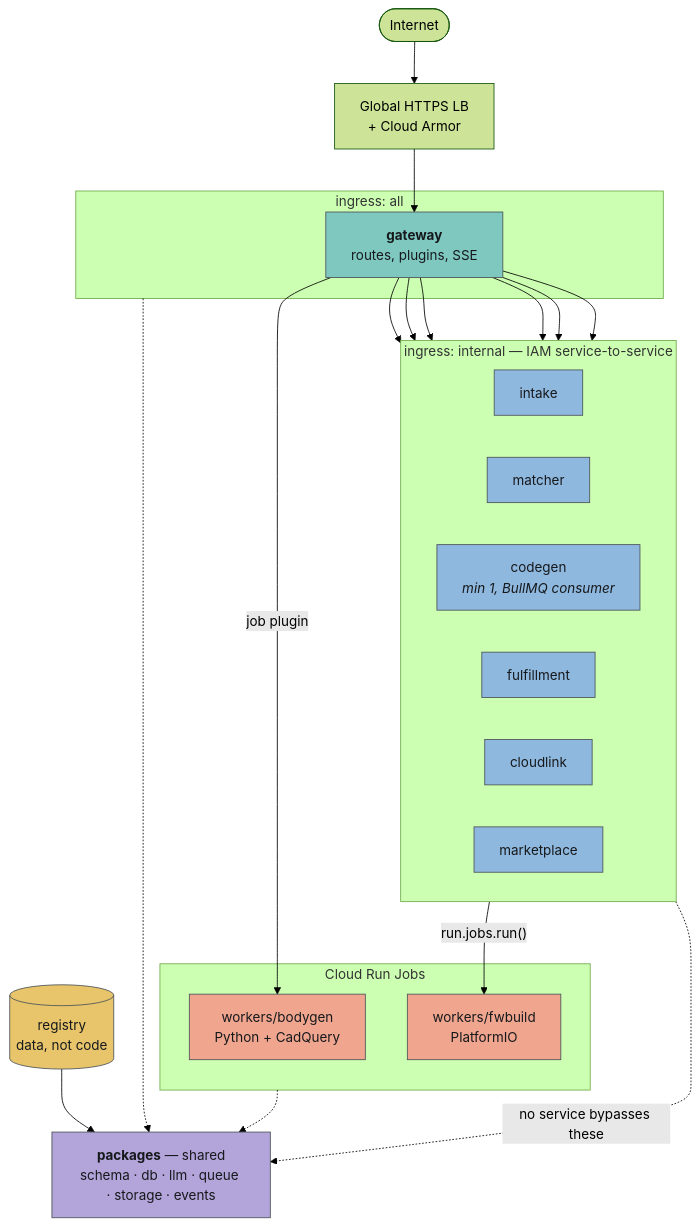
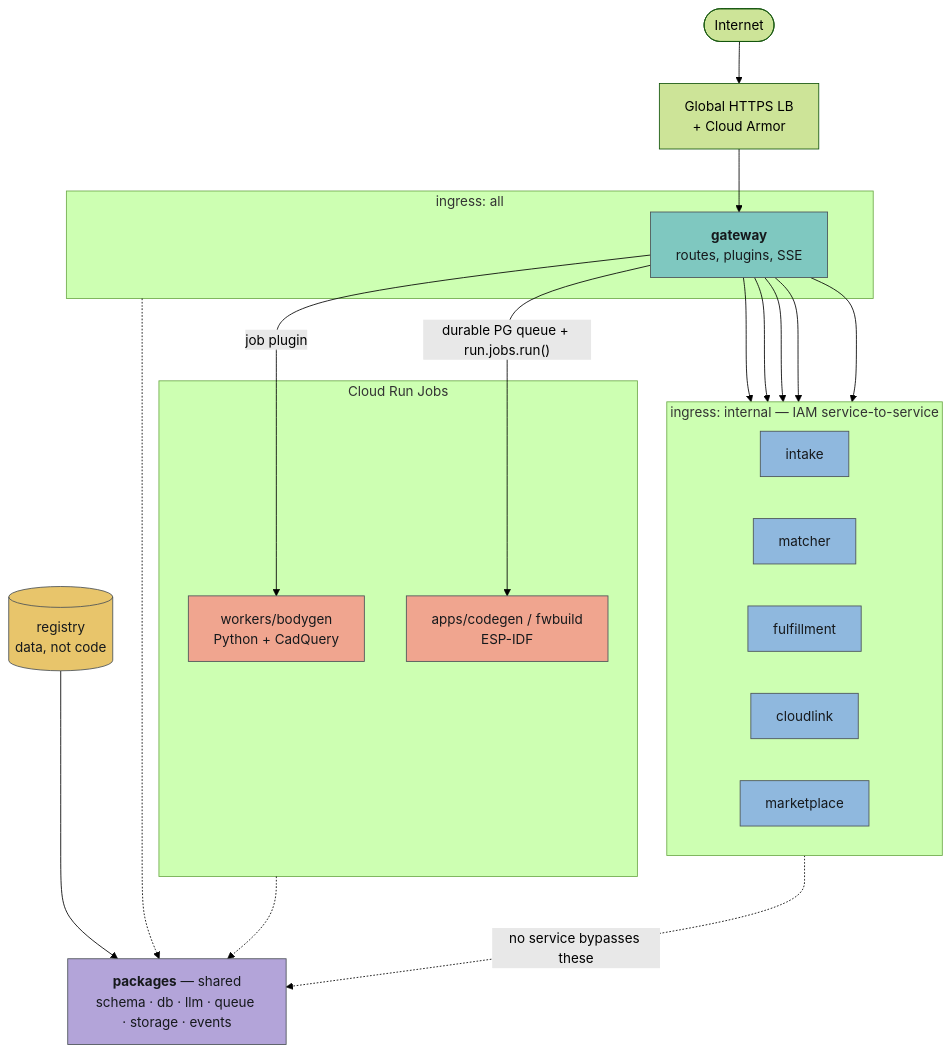
Before and after one commit to guitarpastdusk/albusforge: the third of 8 diagrams in docs/ARCHITECTURE.md, drawn with Mermaid (forest theme). The commit also changed other lines of this file and 35 other files, not shown here.

````diff
--- a/docs/ARCHITECTURE.md
+++ b/docs/ARCHITECTURE.md
@@ -149,47 +149,46 @@
 ```mermaid
 flowchart TB
     NET(["Internet"]) --> LB["Global HTTPS LB<br/>+ Cloud Armor"]
     LB --> GW
 
     subgraph PUB["ingress: all"]
         GW["<b>gateway</b><br/>routes, plugins, SSE"]
     end
 
     subgraph INT["ingress: internal — IAM service-to-service"]
         direction LR
         IN["intake"]
         MA["matcher"]
-        CG["codegen<br/><i>min 1, BullMQ consumer</i>"]
         FU["fulfillment"]
         CL["cloudlink"]
         MK["marketplace"]
     end
 
     subgraph JOBS["Cloud Run Jobs"]
         BG["workers/bodygen<br/>Python + CadQuery"]
-        FW["workers/fwbuild<br/>PlatformIO"]
+        FW["apps/codegen / fwbuild<br/>ESP-IDF"]
     end
 
-    GW --> IN & MA & CG & FU & CL & MK
-    CG -->|"run.jobs.run()"| FW
+    GW --> IN & MA & FU & CL & MK
+    GW -->|"durable PG queue + run.jobs.run()"| FW
     GW -->|"job plugin"| BG
 
     PKG["<b>packages</b> — shared<br/>schema · db · llm · queue · storage · events"]
     PUB -.-> PKG
     INT -.->|"no service bypasses these"| PKG
     JOBS -.-> PKG
     REG[("registry<br/>data, not code")] --> PKG
 
     classDef gen fill:#8fb8de,stroke:#4a5157,color:#16191c
     classDef phys fill:#f0a58f,stroke:#4a5157,color:#16191c
     classDef loc fill:#7fc8c0,stroke:#4a5157,color:#16191c
     classDef comm fill:#b3a4d9,stroke:#4a5157,color:#16191c
     classDef mot fill:#e8c56b,stroke:#4a5157,color:#16191c
     classDef nrg fill:#9bc99b,stroke:#4a5157,color:#16191c
     classDef gap fill:#ffffff,stroke:#b4482c,stroke-width:2px,color:#16191c,stroke-dasharray:4 3
     class GW loc
-    class IN,MA,CG,FU,CL,MK gen
+    class IN,MA,FU,CL,MK gen
     class BG,FW phys
     class PKG comm
     class REG mot
 ```
````
